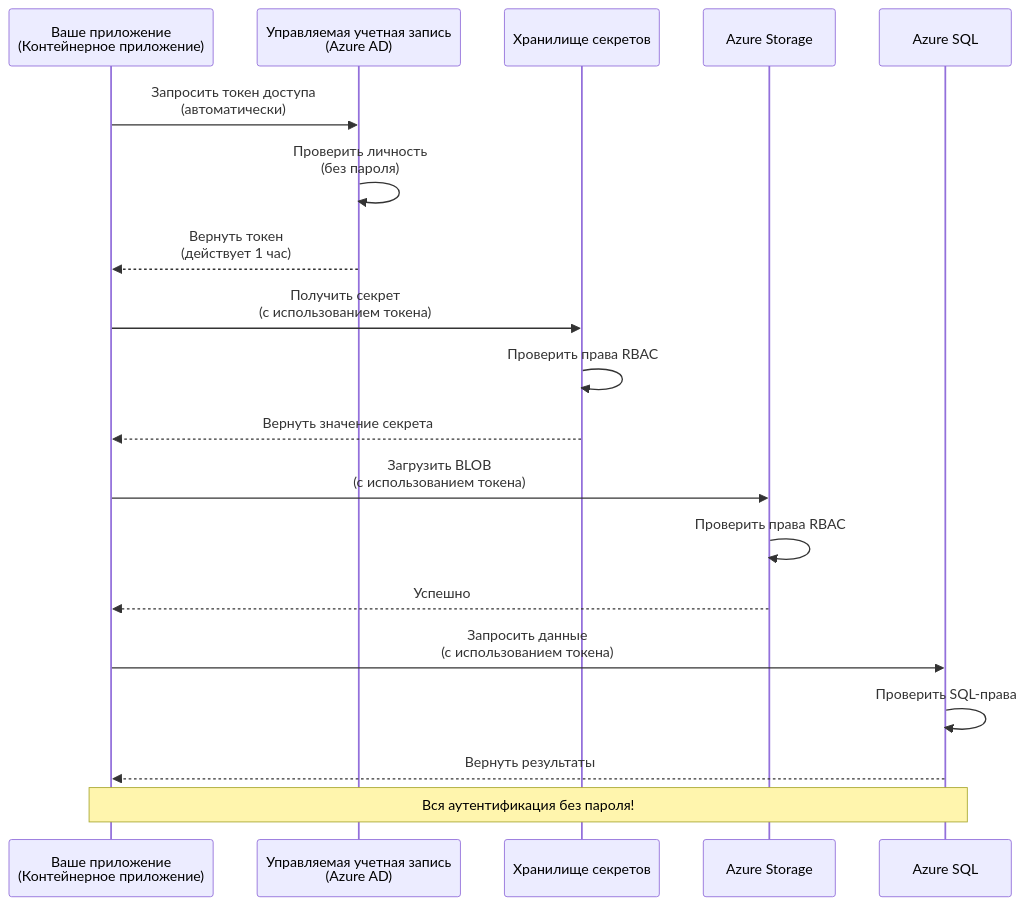
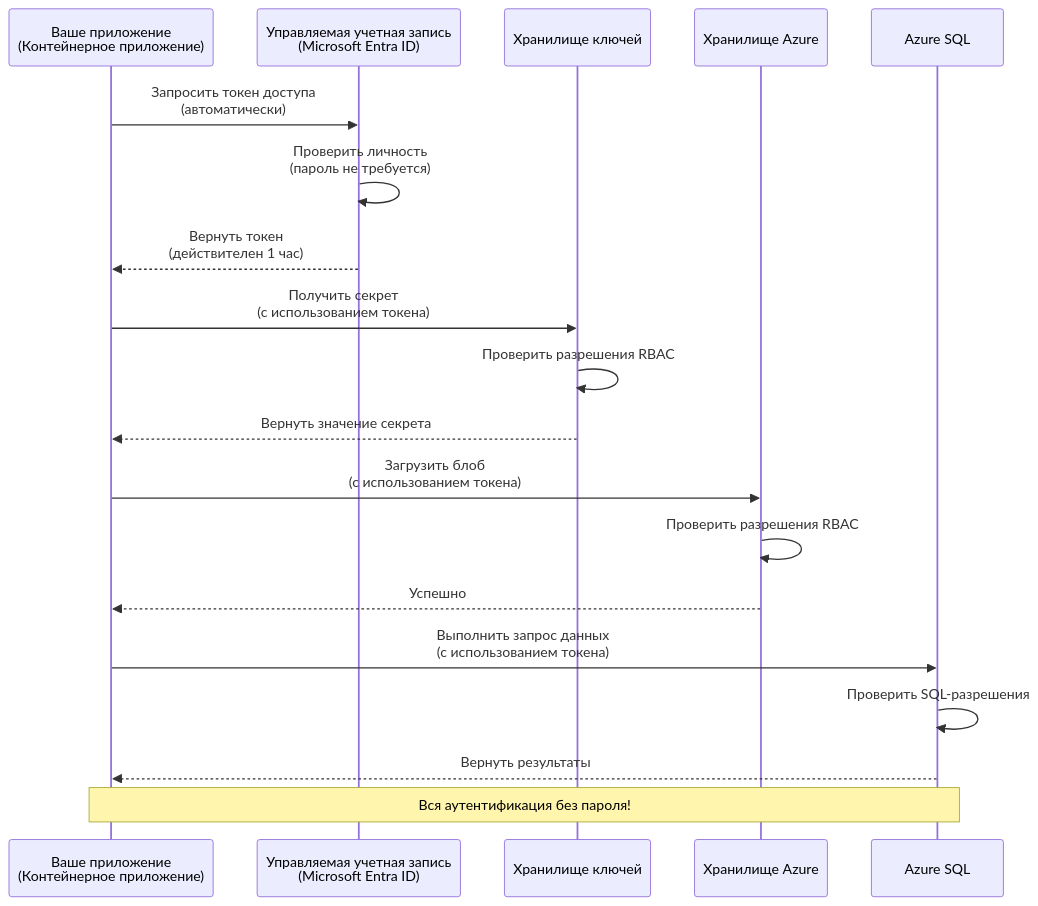
One commit to microsoft/AZD-for-beginners changed the first of 2 diagrams in translations/ru/docs/chapter-03-configuration/authsecurity.md. Above: the diagram before and after it, drawn with Mermaid. The commit also changed other lines of this file and 104 other files, not shown here.

````diff
--- a/translations/ru/docs/chapter-03-configuration/authsecurity.md
+++ b/translations/ru/docs/chapter-03-configuration/authsecurity.md
@@ -69,26 +69,26 @@
 ```mermaid
 sequenceDiagram
     participant App as Ваше приложение<br/>(Контейнерное приложение)
-    participant MI as Управляемая учетная запись<br/>(Azure AD)
-    participant KV as Хранилище секретов
-    participant Storage as Azure Storage
+    participant MI as Управляемая учетная запись<br/>(Microsoft Entra ID)
+    participant KV as Хранилище ключей
+    participant Storage as Хранилище Azure
     participant DB as Azure SQL
     
     App->>MI: Запросить токен доступа<br/>(автоматически)
-    MI->>MI: Проверить личность<br/>(без пароля)
-    MI-->>App: Вернуть токен<br/>(действует 1 час)
+    MI->>MI: Проверить личность<br/>(пароль не требуется)
+    MI-->>App: Вернуть токен<br/>(действителен 1 час)
     
     App->>KV: Получить секрет<br/>(с использованием токена)
-    KV->>KV: Проверить права RBAC
+    KV->>KV: Проверить разрешения RBAC
     KV-->>App: Вернуть значение секрета
     
-    App->>Storage: Загрузить BLOB<br/>(с использованием токена)
-    Storage->>Storage: Проверить права RBAC
+    App->>Storage: Загрузить блоб<br/>(с использованием токена)
+    Storage->>Storage: Проверить разрешения RBAC
     Storage-->>App: Успешно
     
-    App->>DB: Запросить данные<br/>(с использованием токена)
-    DB->>DB: Проверить SQL-права
+    App->>DB: Выполнить запрос данных<br/>(с использованием токена)
+    DB->>DB: Проверить SQL-разрешения
     DB-->>App: Вернуть результаты
     
     Note over App,DB: Вся аутентификация без пароля!
 ```
````
